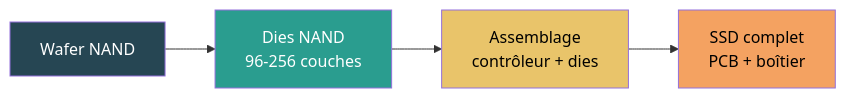
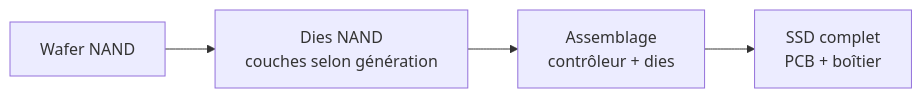
One commit to digital4better/methodology changed the diagram in docs/materiel/composants/stockage.md. Above: the diagram before and after it, drawn with Mermaid. The commit also changed other lines of this file and 193 other files, not shown here.

````diff
--- a/docs/materiel/composants/stockage.md
+++ b/docs/materiel/composants/stockage.md
@@ -13,11 +11,11 @@
 ```mermaid
 flowchart LR
-    W[Wafer NAND] --> D[Dies NAND<br>96-256 couches]
+    W[Wafer NAND] --> D[Dies NAND<br>couches selon génération]
     D --> A[Assemblage<br>contrôleur + dies]
     A --> S[SSD complet<br>PCB + boîtier]
 
-    style W fill:#264653,color:#fff
-    style D fill:#2a9d8f,color:#fff
-    style A fill:#e9c46a,color:#000
-    style S fill:#f4a261,color:#000
+    class W d4b-navy
+    class D d4b-blue
+    class A d4b-sand
+    class S d4b-rose
 ```
````
